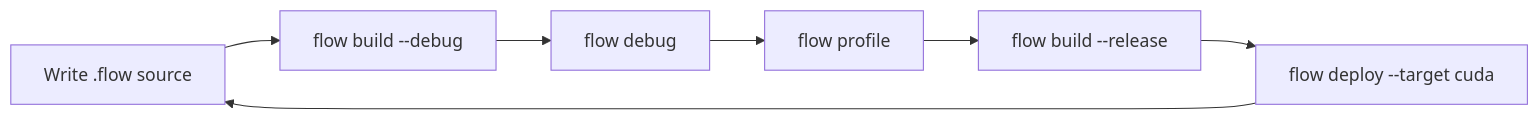
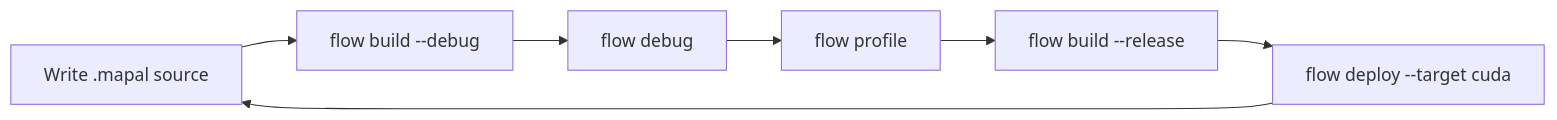
Before and after one commit to LessComplexity/flow: diagram 13 of 13 in docs/spec/architecture.md, drawn with Mermaid. The commit also changed other lines of this file and 659 other files, not shown here.

````diff
--- a/docs/spec/architecture.md
+++ b/docs/spec/architecture.md
@@ -462,9 +462,9 @@
 ```mermaid
 flowchart LR
-    write[Write .flow source] --> build[flow build --debug]
+    write[Write .mapal source] --> build[flow build --debug]
     build --> debug[flow debug]
     debug --> prof[flow profile]
     prof --> rel[flow build --release]
     rel --> dep[flow deploy --target cuda]
     dep --> write
 ```
````
